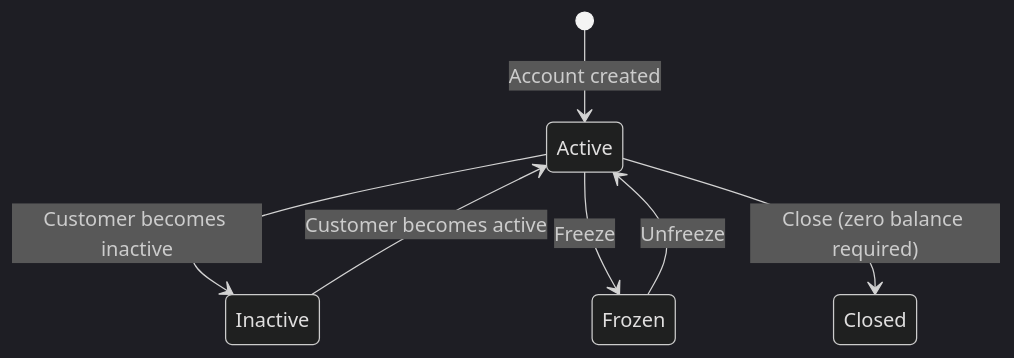
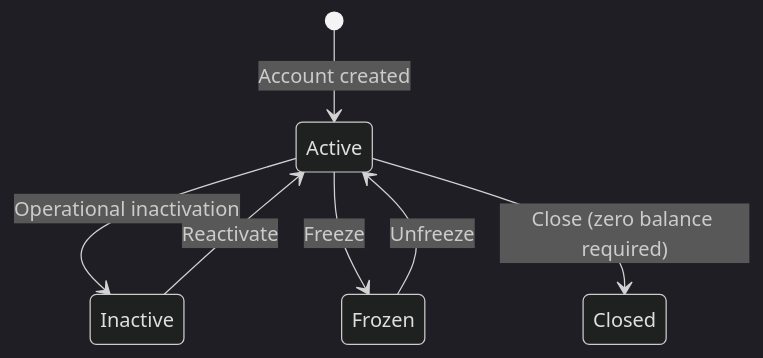
The diagram in docs-site/docs/technical-documentation/deposits/index.md (GaloyMoney/lana-bank), drawn with Mermaid (dark theme) before and after one commit. The commit also changed other lines of this file and 90 other files, not shown here.

````diff
--- a/docs-site/docs/technical-documentation/deposits/index.md
+++ b/docs-site/docs/technical-documentation/deposits/index.md
@@ -52,9 +52,9 @@
 ```mermaid
 stateDiagram-v2
     [*] --> Active : Account created
-    Active --> Inactive : Customer becomes inactive
-    Inactive --> Active : Customer becomes active
+    Active --> Inactive : Operational inactivation
+    Inactive --> Active : Reactivate
     Active --> Frozen : Freeze
     Frozen --> Active : Unfreeze
     Active --> Closed : Close (zero balance required)
 ```
````
